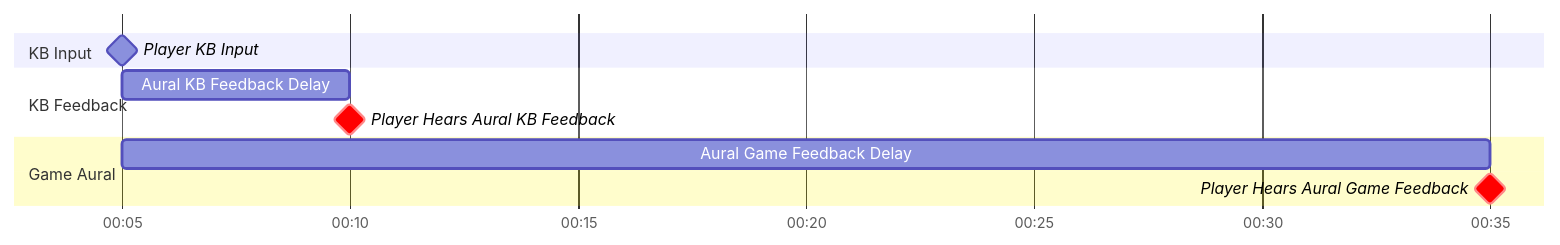
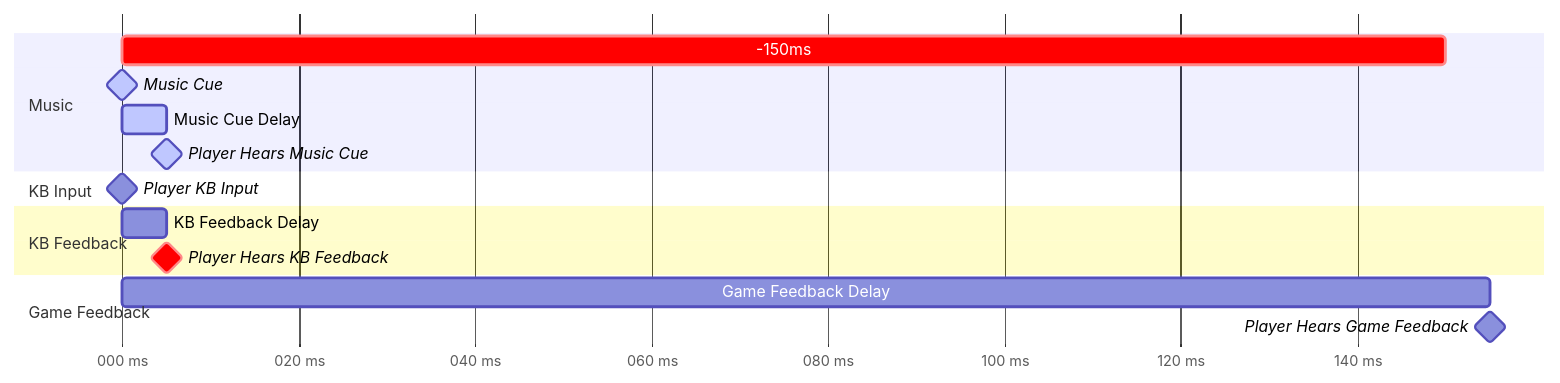
Diagram 11 of 12 in _posts/2024-10-04-hitsounds.md (Eve-ning/Eve-ning.github.io), drawn with Mermaid before and after one commit. The commit also changed other lines of this file, not shown here.

````diff
--- a/_posts/2024-10-04-hitsounds.md
+++ b/_posts/2024-10-04-hitsounds.md
@@ -528,15 +463,23 @@
 ```mermaid
 gantt
-  dateFormat mm:ss
-  axisFormat %M:%S
+  dateFormat SSS
+  axisFormat %L ms
+  tickInterval 20millisecond
+
+  section Music
+    -150ms: crit, 000, 150
+    Music Cue: active, milestone, 000,
+    Music Cue Delay: active, 000, 005
+    Player Hears Music Cue: active, milestone, 005,
+
   section KB Input
-    Player KB Input: milestone, 00:05,
+    Player KB Input: milestone, 000,
 
   section KB Feedback
-    Aural KB Feedback Delay: 00:05, 00:10
-    Player Hears Aural KB Feedback: crit, milestone, 00:10,
+    KB Feedback Delay: 000, 005
+    Player Hears KB Feedback: crit, milestone, 005,
 
-  section Game Aural
-    Aural Game Feedback Delay: 00:05, 00:35
-    Player Hears Aural Game Feedback: crit, milestone, 00:35,
+  section Game Feedback
+    Game Feedback Delay: 000, 155
+    Player Hears Game Feedback: milestone, 155,
 ```
````
